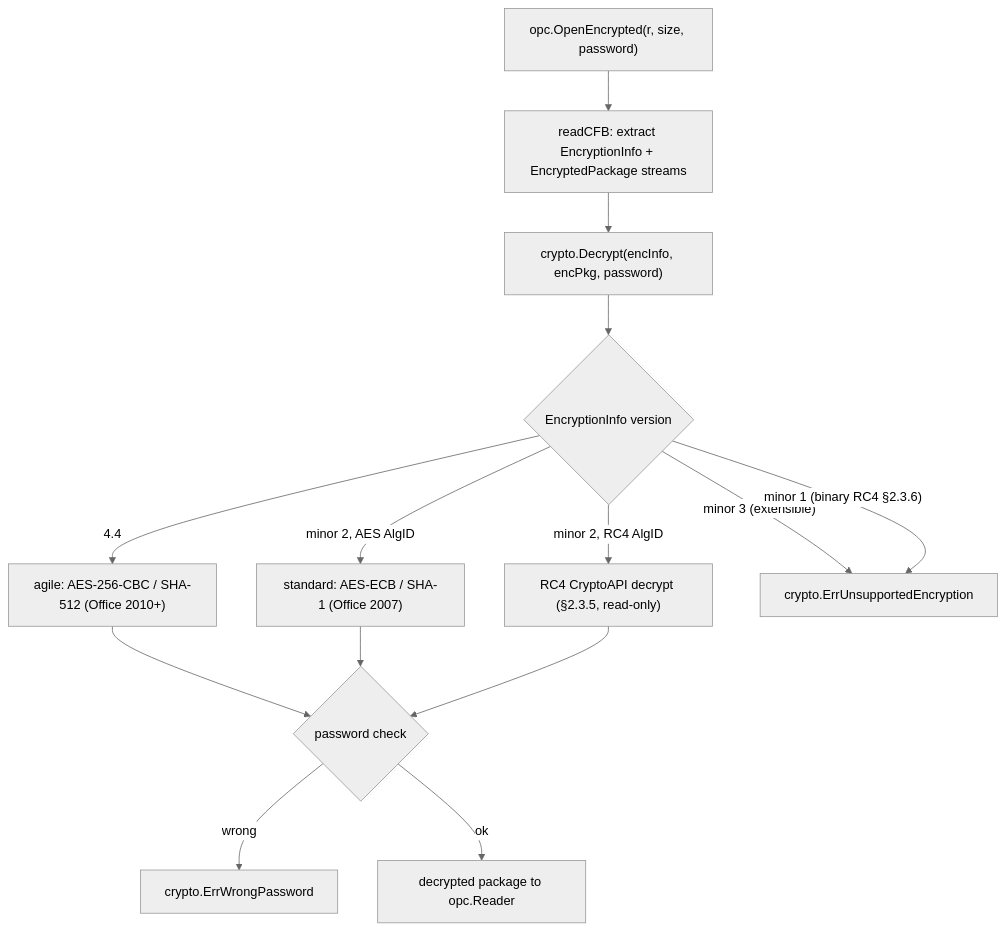
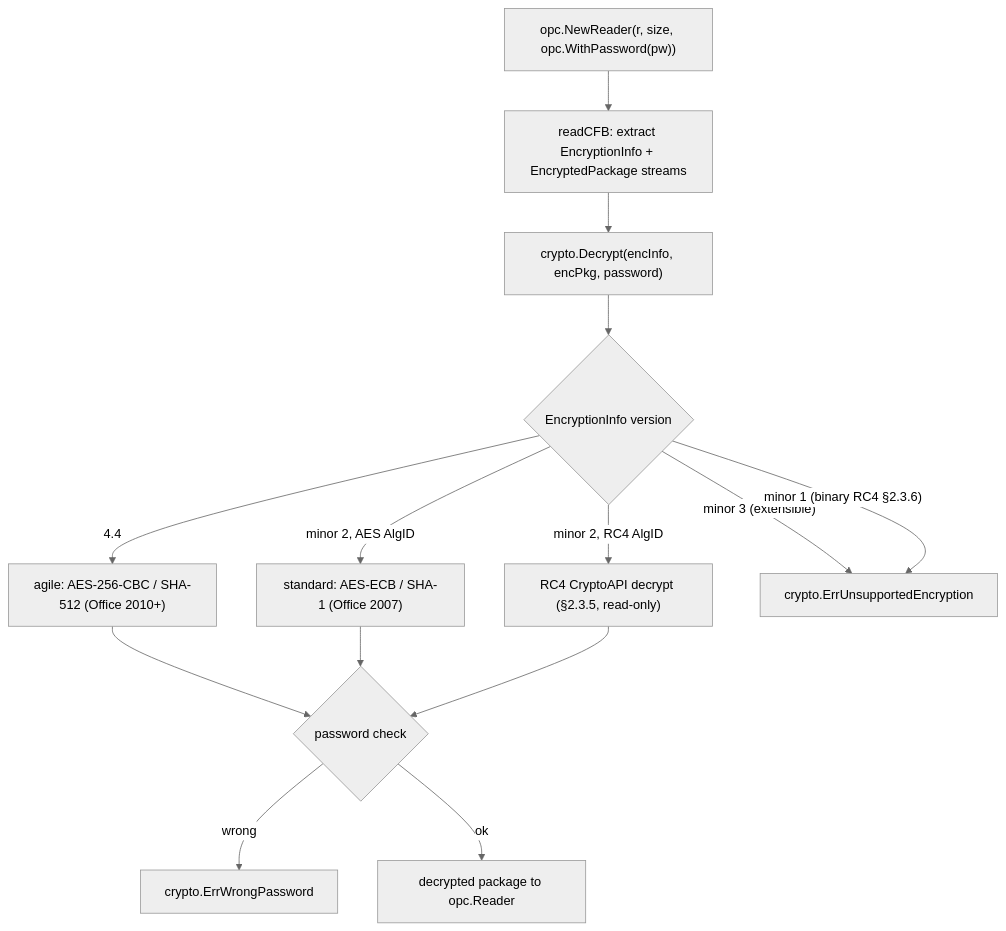
Before and after one commit to mgilbir/spine: the diagram in docs/encryption-and-signing.md, drawn with Mermaid (neutral theme). The commit also changed other lines of this file and 27 other files, not shown here.

````diff
--- a/docs/encryption-and-signing.md
+++ b/docs/encryption-and-signing.md
@@ -96,16 +110,16 @@
 ```mermaid
 flowchart TD
-    A["opc.OpenEncrypted(r, size, password)"] --> C["readCFB: extract EncryptionInfo + EncryptedPackage streams"]
+    A["opc.NewReader(r, size, opc.WithPassword(pw))"] --> C["readCFB: extract EncryptionInfo + EncryptedPackage streams"]
     C --> D["crypto.Decrypt(encInfo, encPkg, password)"]
     D --> V{"EncryptionInfo version"}
     V -- "4.4" --> AG["agile: AES-256-CBC / SHA-512 (Office 2010+)"]
     V -- "minor 2, AES AlgID" --> ST["standard: AES-ECB / SHA-1 (Office 2007)"]
     V -- "minor 2, RC4 AlgID" --> RC["RC4 CryptoAPI decrypt (§2.3.5, read-only)"]
     V -- "minor 3 (extensible)" --> U["crypto.ErrUnsupportedEncryption"]
     V -- "minor 1 (binary RC4 §2.3.6)" --> U
     AG --> K{"password check"}
     ST --> K
     RC --> K
     K -- "wrong" --> W["crypto.ErrWrongPassword"]
     K -- "ok" --> P["decrypted package to opc.Reader"]
 ```
````
